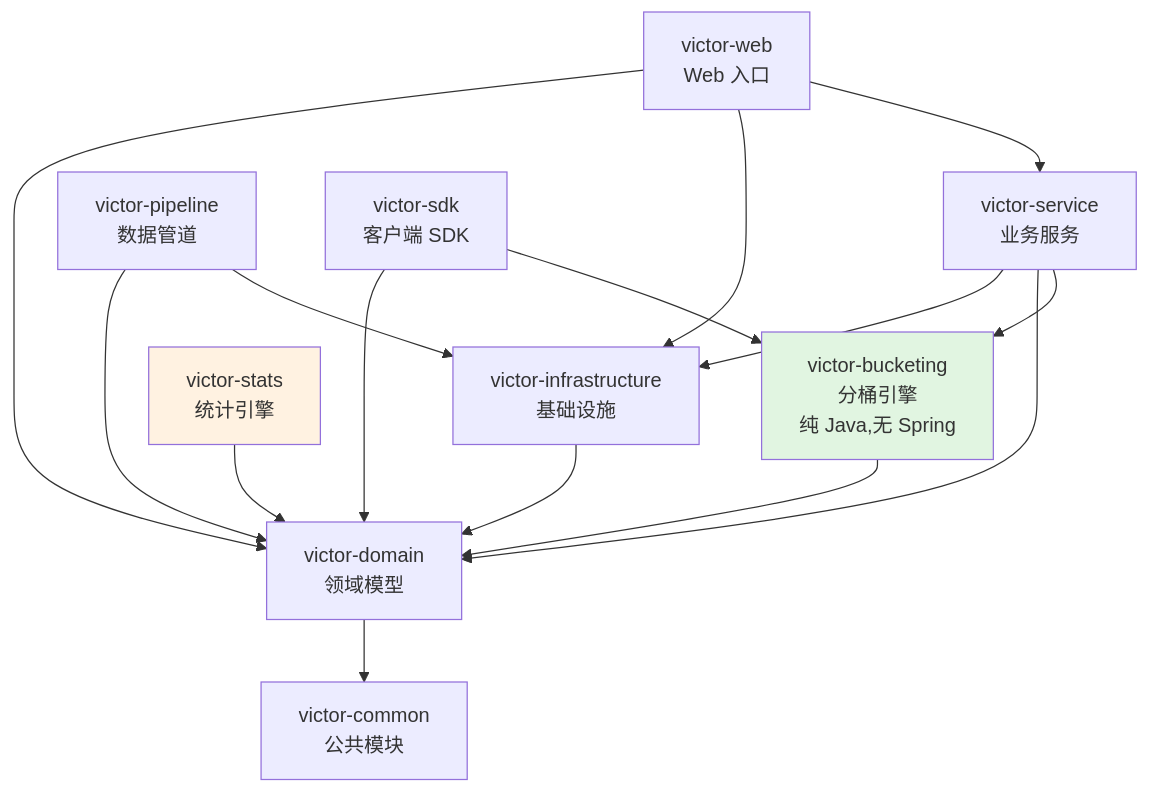
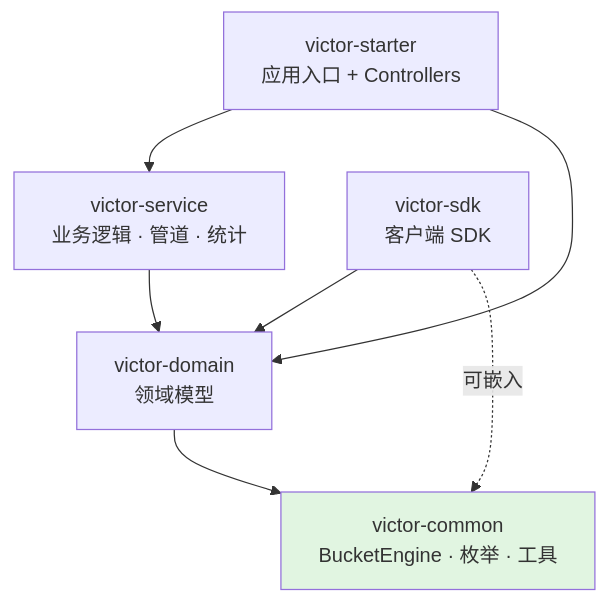
The second of 4 diagrams in docs/docs-site/dev/ab-system/architecture.md (HiCooper/gate-flow), drawn with Mermaid before and after one commit. The commit also changed other lines of this file and 30 other files, not shown here.

````diff
--- a/docs/docs-site/dev/ab-system/architecture.md
+++ b/docs/docs-site/dev/ab-system/architecture.md
@@ -68,29 +68,14 @@
 ```mermaid
 graph TD
-    Web[victor-web<br/>Web 入口] --> Service
-    Web --> Infra
-    Web --> Domain
+    Starter[victor-starter<br/>应用入口 + Controllers] --> Service[victor-service<br/>业务逻辑 · 管道 · 统计]
+    Starter --> Domain[victor-domain<br/>领域模型]
 
-    Service[victor-service<br/>业务服务] --> Bucketing
     Service --> Domain
-    Service --> Infra
 
-    Pipeline[victor-pipeline<br/>数据管道] --> Infra
-    Pipeline --> Domain
+    SDK[victor-sdk<br/>客户端 SDK] --> Domain
+    SDK -.->|可嵌入| Common[victor-common<br/>BucketEngine · 枚举 · 工具]
 
-    Stats[victor-stats<br/>统计引擎] --> Domain
+    Domain --> Common
 
-    SDK[victor-sdk<br/>客户端 SDK] --> Bucketing
-    SDK --> Domain
-
-    Bucketing[victor-bucketing<br/>分桶引擎<br/>纯 Java,无 Spring] --> Domain
-
-    Infra[victor-infrastructure<br/>基础设施] --> Domain
-
-    Domain[victor-domain<br/>领域模型] --> Common
-
-    Common[victor-common<br/>公共模块]
-
-    style Bucketing fill:#e1f5e1
-    style Stats fill:#fff2e1
+    style Common fill:#e1f5e1
 ```
````
